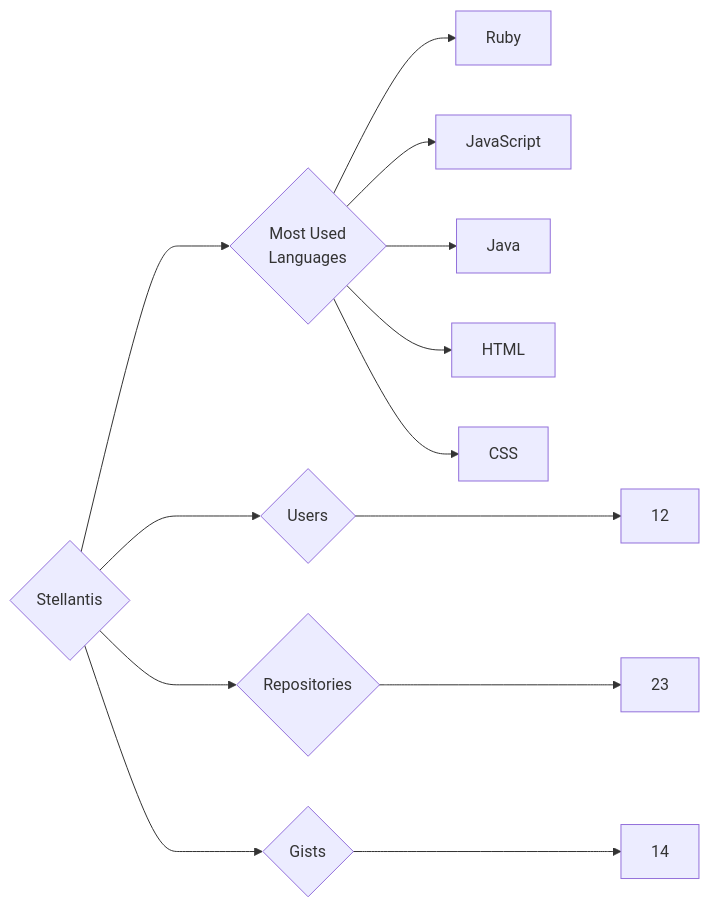
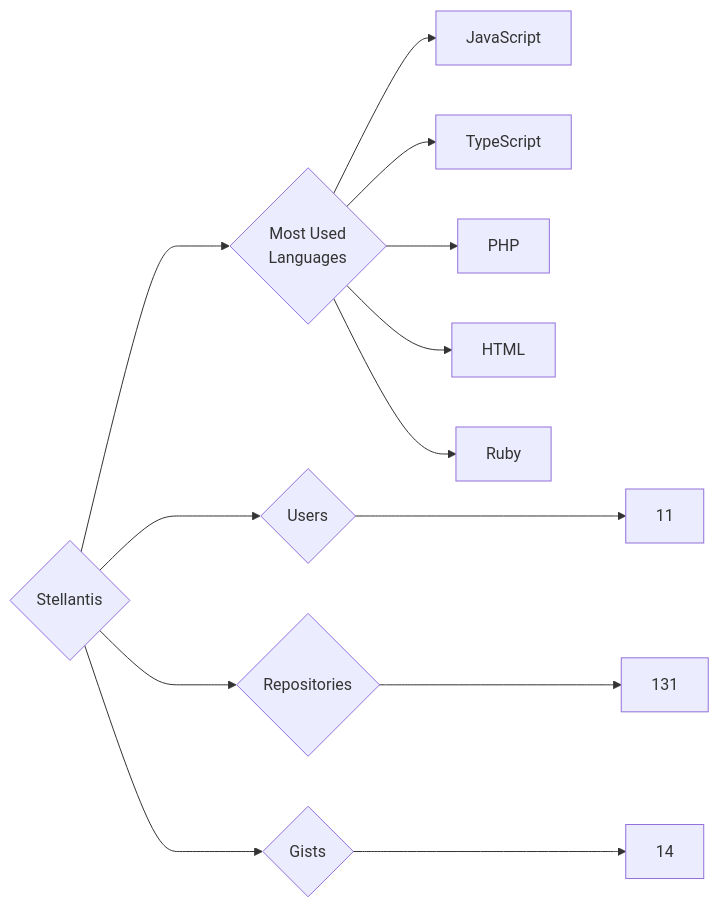
Before and after one commit to trickest/insiders: the diagram in targets/Stellantis/README.md, drawn with Mermaid. The commit also changed 723 other files, not shown here.

````diff
--- a/targets/Stellantis/README.md
+++ b/targets/Stellantis/README.md
@@ -3,13 +3,13 @@
 ```mermaid
 graph LR
 COMPANY_NAME{Stellantis}
-COMPANY_NAME ---> U{Users} ---> UN[12]
-COMPANY_NAME ---> R{Repositories} ---> RN[23]
+COMPANY_NAME ---> U{Users} ---> UN[11]
+COMPANY_NAME ---> R{Repositories} ---> RN[131]
 COMPANY_NAME ---> G{Gists} ---> GN[14]
 COMPANY_NAME ---> ML{Most Used<br>Languages}
+ML --> JavaScript[JavaScript]
+ML --> TypeScript[TypeScript]
+ML --> PHP[PHP]
+ML --> HTML[HTML]
 ML --> Ruby[Ruby]
-ML --> JavaScript[JavaScript]
-ML --> Java[Java]
-ML --> HTML[HTML]
-ML --> CSS[CSS]
 ```
````
